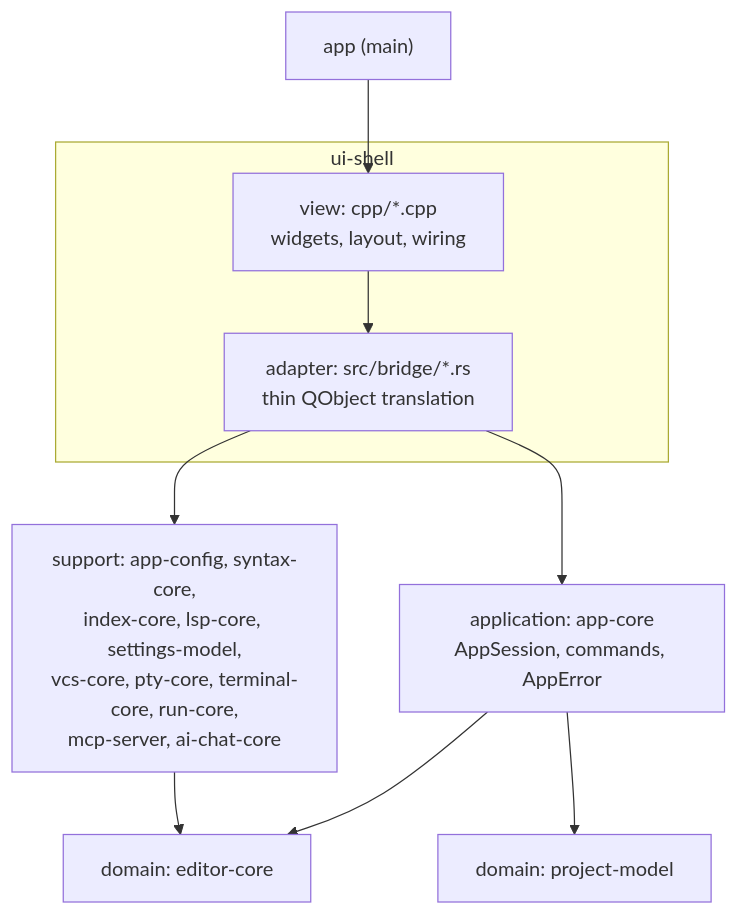
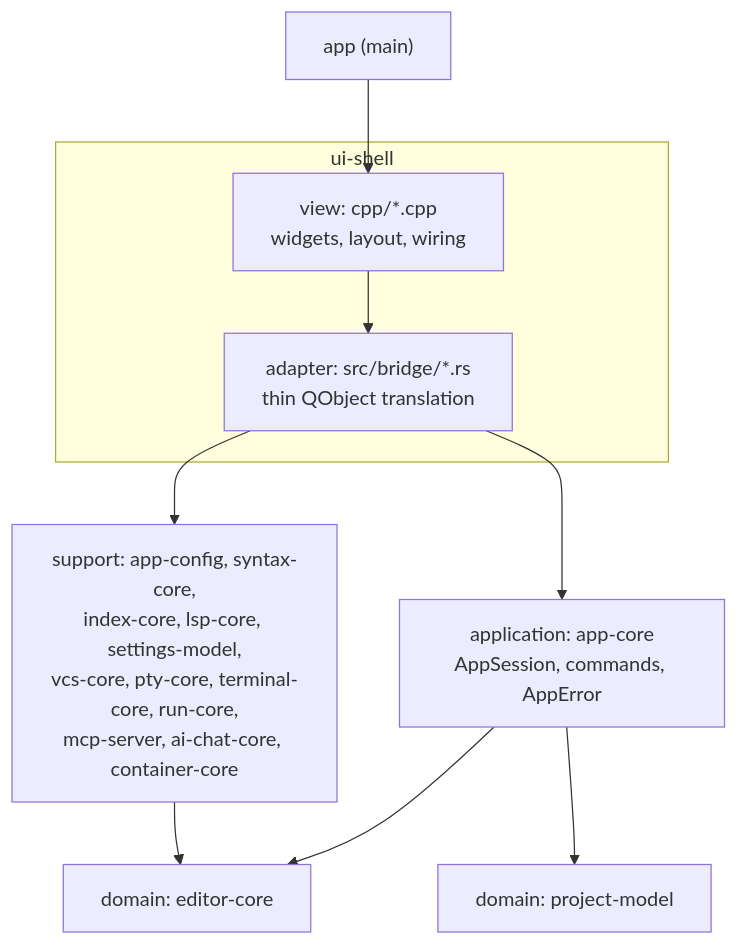
Before and after one commit to floriankraemer/kestrel-ide: the diagram in docs/architecture/overview.md, drawn with Mermaid. The commit also changed other lines of this file and 32 other files, not shown here.

First line of the commit message:
feat(container-core): CLI-driven Docker/Podman connections foundation (C1)

````diff
--- a/docs/architecture/overview.md
+++ b/docs/architecture/overview.md
@@ -29,12 +29,12 @@
 ```mermaid
 graph TB
     app["app (main)"] --> view
     subgraph uishell["ui-shell"]
         view["view: cpp/*.cpp<br/>widgets, layout, wiring"] --> adapter["adapter: src/bridge/*.rs<br/>thin QObject translation"]
     end
     adapter --> appcore["application: app-core<br/>AppSession, commands, AppError"]
-    adapter --> support["support: app-config, syntax-core,<br/>index-core, lsp-core, settings-model,<br/>vcs-core, pty-core, terminal-core, run-core,<br/>mcp-server, ai-chat-core"]
+    adapter --> support["support: app-config, syntax-core,<br/>index-core, lsp-core, settings-model,<br/>vcs-core, pty-core, terminal-core, run-core,<br/>mcp-server, ai-chat-core, container-core"]
     appcore --> editorcore["domain: editor-core"]
     appcore --> projectmodel["domain: project-model"]
     support --> editorcore
 ```
````
